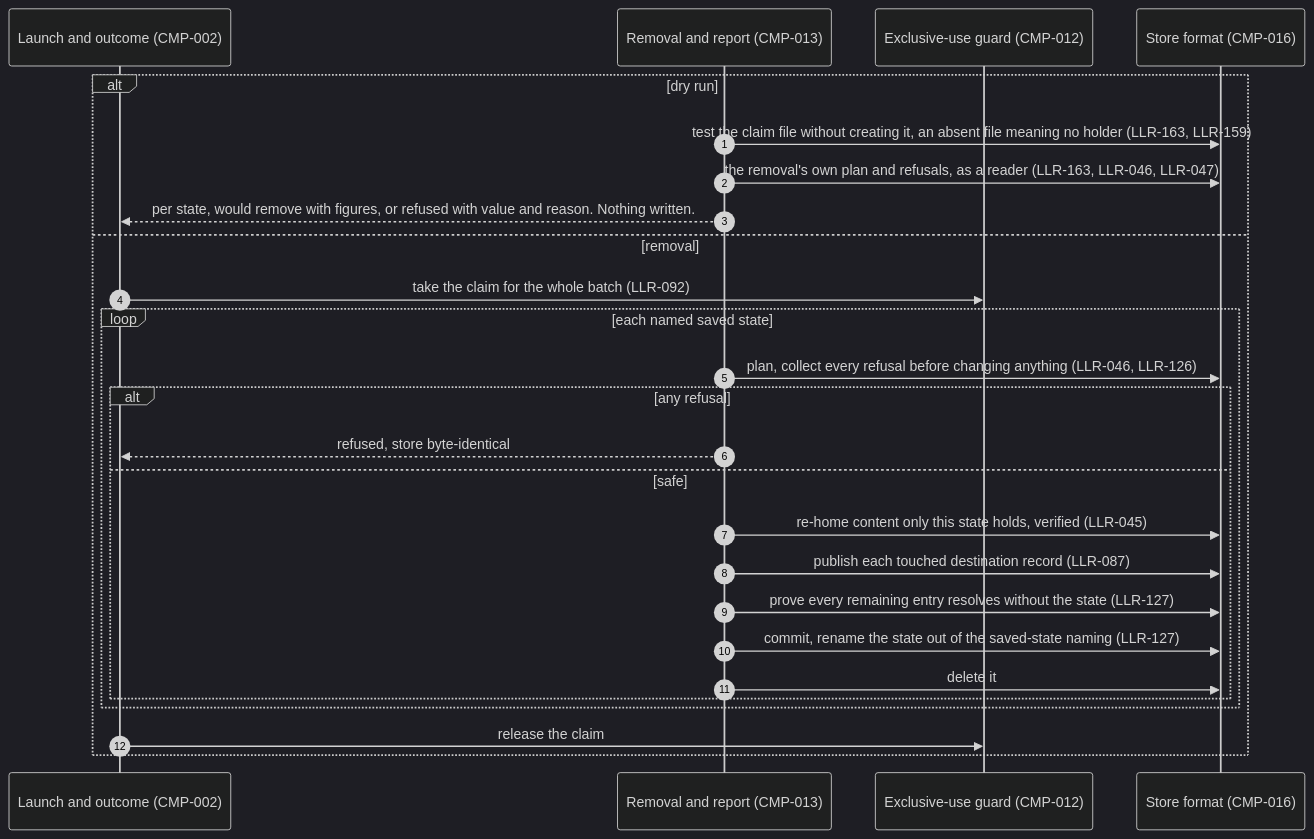
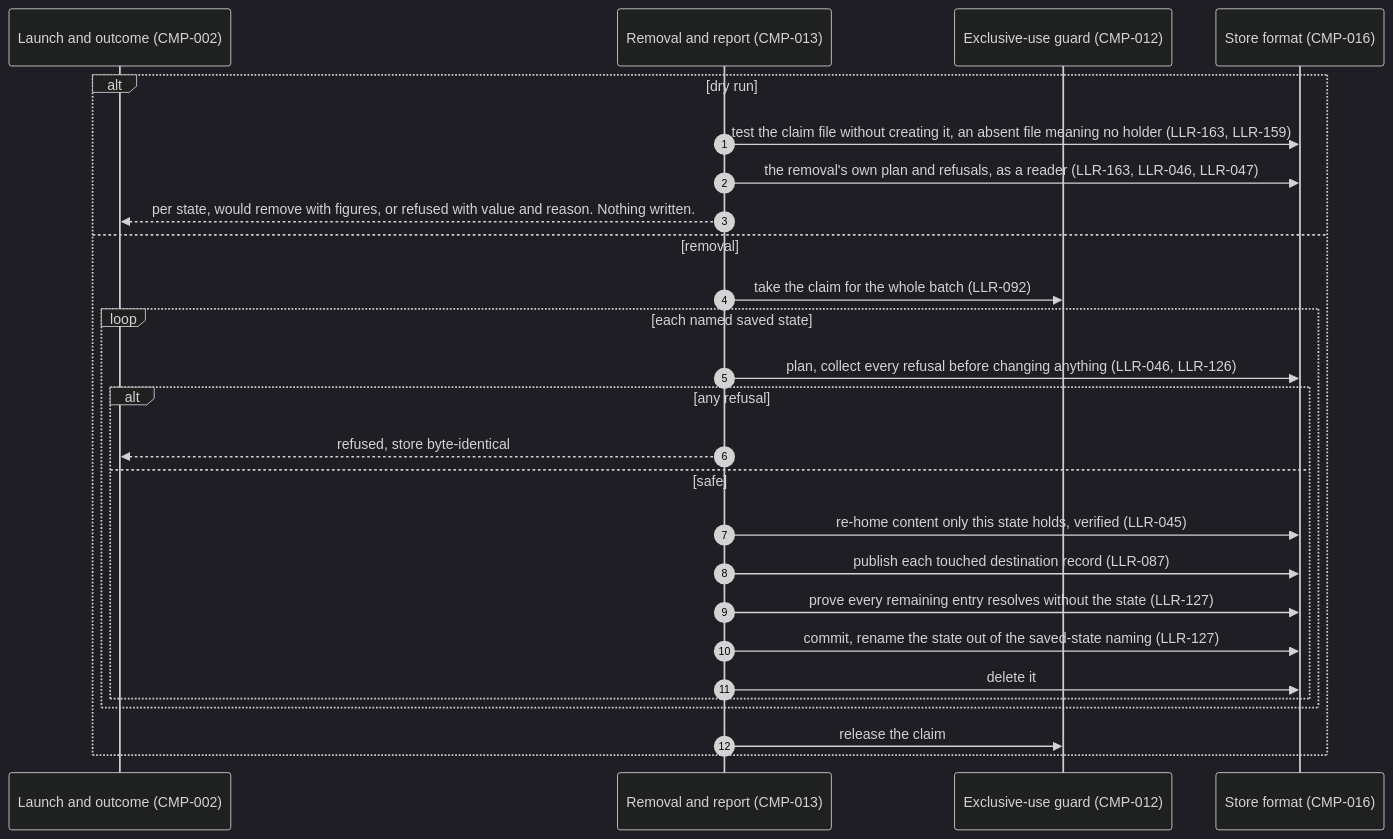
One commit to diytechy/FileBackup changed the eighth of 10 diagrams in docs/runtime-flows.md. Above: the diagram before and after it, drawn with Mermaid (dark theme). The commit also changed other lines of this file and 6 other files, not shown here.

````diff
--- a/docs/runtime-flows.md
+++ b/docs/runtime-flows.md
@@ -249,28 +267,28 @@
 ```mermaid
 sequenceDiagram
     autonumber
     participant Op as Launch and outcome (CMP-002)
     participant Rem as Removal and report (CMP-013)
     participant Guard as Exclusive-use guard (CMP-012)
     participant Store as Store format (CMP-016)
     alt dry run
         Rem->>Store: test the claim file without creating it, an absent file meaning no holder (LLR-163, LLR-159)
         Rem->>Store: the removal's own plan and refusals, as a reader (LLR-163, LLR-046, LLR-047)
         Rem-->>Op: per state, would remove with figures, or refused with value and reason. Nothing written.
     else removal
-        Op->>Guard: take the claim for the whole batch (LLR-092)
+        Rem->>Guard: take the claim for the whole batch (LLR-092)
         loop each named saved state
             Rem->>Store: plan, collect every refusal before changing anything (LLR-046, LLR-126)
             alt any refusal
                 Rem-->>Op: refused, store byte-identical
             else safe
                 Rem->>Store: re-home content only this state holds, verified (LLR-045)
                 Rem->>Store: publish each touched destination record (LLR-087)
                 Rem->>Store: prove every remaining entry resolves without the state (LLR-127)
                 Rem->>Store: commit, rename the state out of the saved-state naming (LLR-127)
                 Rem->>Store: delete it
             end
         end
-        Op->>Guard: release the claim
+        Rem->>Guard: release the claim
     end
 ```
````
